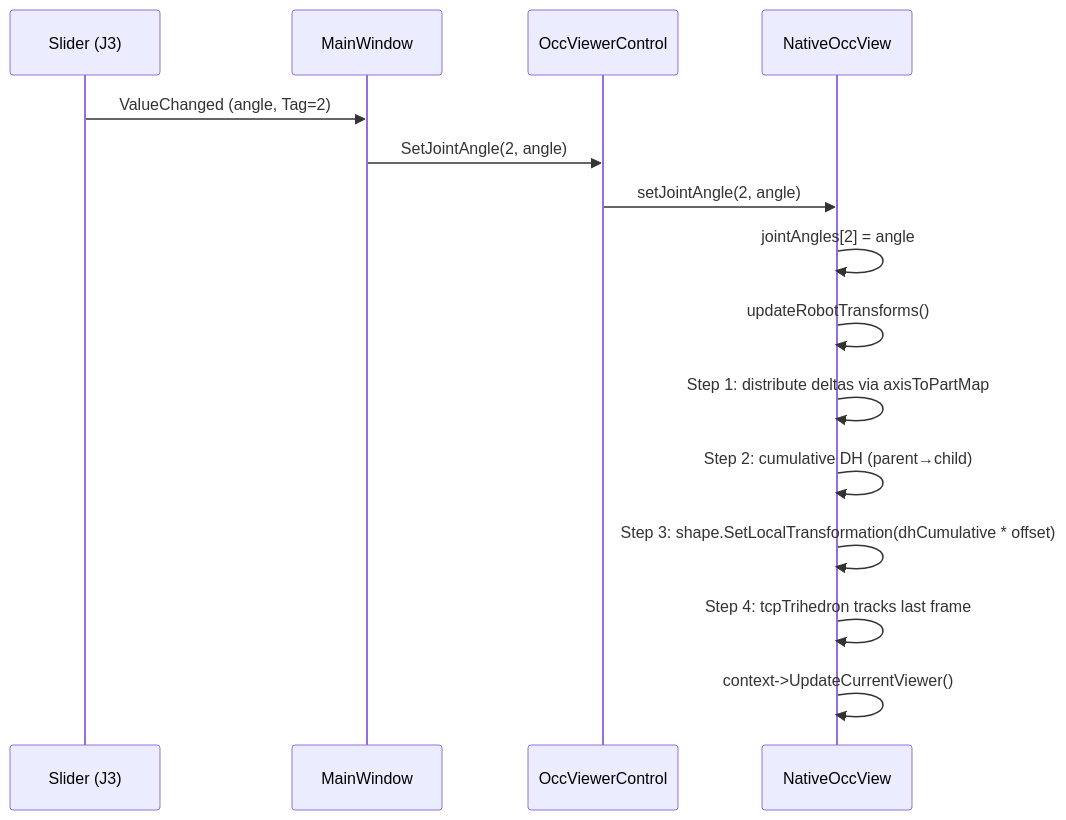
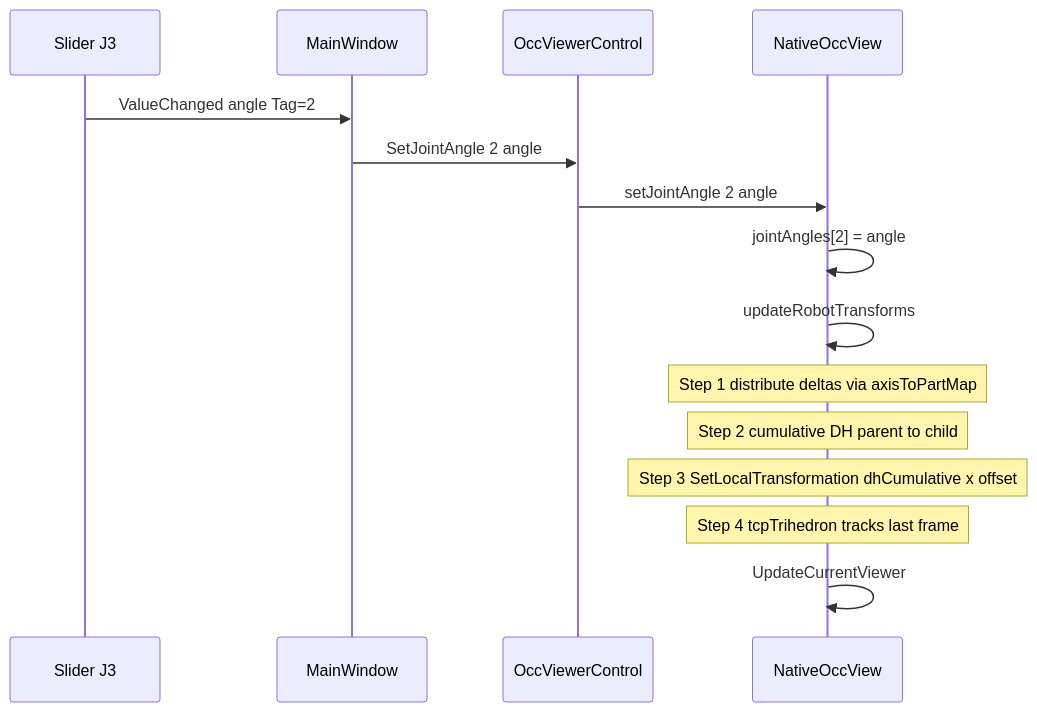
The third of 3 diagrams in Docs/README.md (ChengChengYang0416/robot-simulation), drawn with Mermaid before and after one commit. The commit also changed other lines of this file, not shown here.

Commit message:
fix: README.md, mermaid sequence diagram

````diff
--- a/Docs/README.md
+++ b/Docs/README.md
@@ -187,18 +189,18 @@
 ```mermaid
 sequenceDiagram
-    participant S as Slider (J3)
+    participant S as Slider J3
     participant W as MainWindow
     participant V as OccViewerControl
     participant N as NativeOccView
 
-    S->>W: ValueChanged (angle, Tag=2)
-    W->>V: SetJointAngle(2, angle)
-    V->>N: setJointAngle(2, angle)
+    S->>W: ValueChanged angle Tag=2
+    W->>V: SetJointAngle 2 angle
+    V->>N: setJointAngle 2 angle
     N->>N: jointAngles[2] = angle
-    N->>N: updateRobotTransforms()
-    N->>N:   Step 1: distribute deltas via axisToPartMap
-    N->>N:   Step 2: cumulative DH (parent→child)
-    N->>N:   Step 3: shape.SetLocalTransformation(dhCumulative * offset)
-    N->>N:   Step 4: tcpTrihedron tracks last frame
-    N->>N: context->UpdateCurrentViewer()
+    N->>N: updateRobotTransforms
+    Note over N: Step 1 distribute deltas via axisToPartMap
+    Note over N: Step 2 cumulative DH parent to child
+    Note over N: Step 3 SetLocalTransformation dhCumulative x offset
+    Note over N: Step 4 tcpTrihedron tracks last frame
+    N->>N: UpdateCurrentViewer
 ```
````
